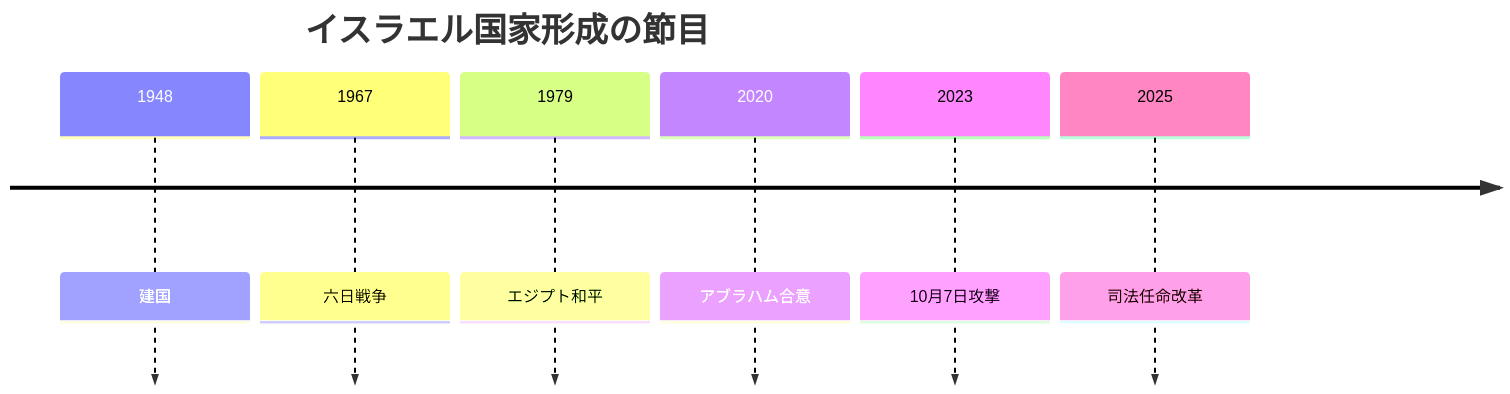
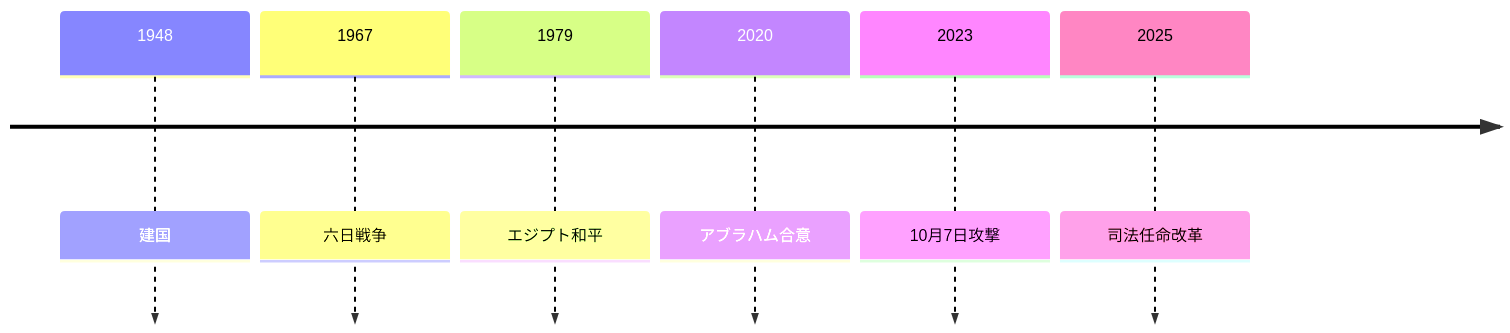
Before and after one commit to daylight55/research: the second of 2 diagrams in articles/report/israel-geopolitical-profile/ja/index.mdx, drawn with Mermaid. The commit also changed other lines of this file and 181 other files, not shown here.

First line of the commit message:
全記事の図解368点を再生成し、共通注意書きを削除 (#402)

````diff
--- a/articles/report/israel-geopolitical-profile/ja/index.mdx
+++ b/articles/report/israel-geopolitical-profile/ja/index.mdx
@@ -52,10 +59,13 @@
 ```mermaid
 timeline
-  title イスラエル国家形成の節目
+  accTitle: イスラエルの建国・占領・和平と近年の危機
+  accDescr: 国家形成、領土支配の変化、和平・国交正常化、2023年以降の危機を時系列で並べる。
+  accTitle: イスラエルの建国・占領・和平と近年の危機
+  accDescr: 国家形成、領土支配の変化、和平・国交正常化、2023年以降の危機を時系列で並べる。
   1948 : 建国
   1967 : 六日戦争
   1979 : エジプト和平
   2020 : アブラハム合意
   2023 : 10月7日攻撃
   2025 : 司法任命改革
 ```
````
